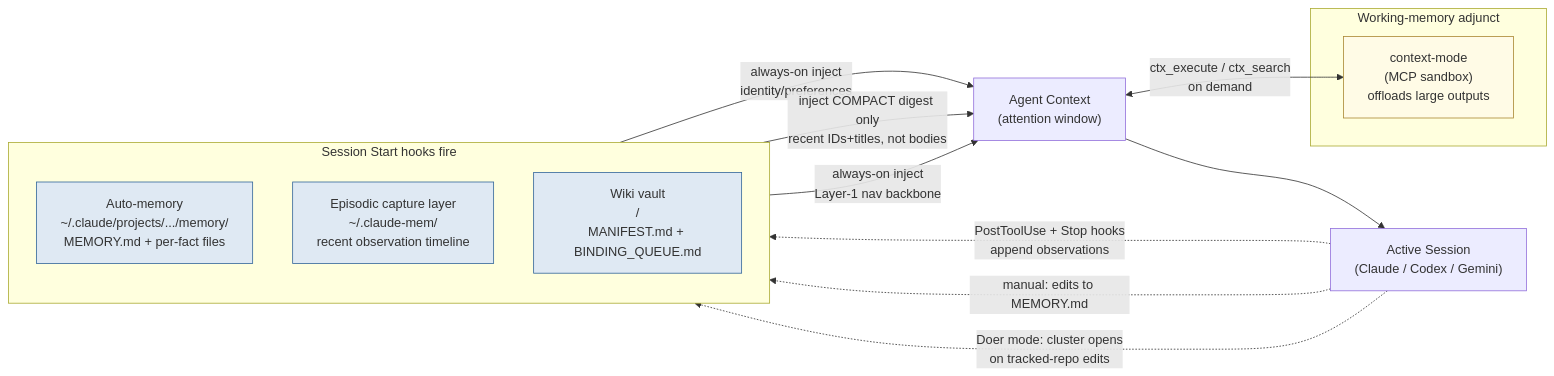
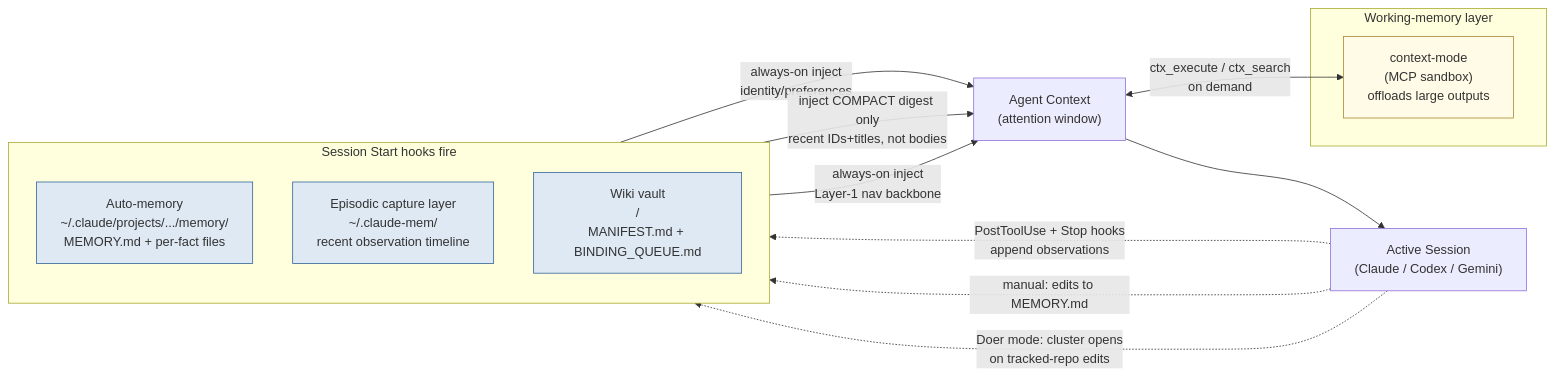
One commit to FRBio-maker/hive-mind-os changed the third of 7 diagrams in docs/INFRASTRUCTURE.md. Above: the diagram before and after it, drawn with Mermaid. The commit also changed other lines of this file and 15 other files, not shown here.

````diff
--- a/docs/INFRASTRUCTURE.md
+++ b/docs/INFRASTRUCTURE.md
@@ -179,31 +179,31 @@
 ```mermaid
 flowchart LR
     subgraph SS[Session Start hooks fire]
         direction TB
         AM["Auto-memory<br/>~/.claude/projects/.../memory/<br/>MEMORY.md + per-fact files"]
         CM["Episodic capture layer<br/>~/.claude-mem/<br/>recent observation timeline"]
         OW["Wiki vault<br/><vault>/<br/>MANIFEST.md + BINDING_QUEUE.md"]
     end
 
     AM -->|always-on inject<br/>identity/preferences| AC
     CM -->|inject COMPACT digest only<br/>recent IDs+titles, not bodies| AC
     OW -->|always-on inject<br/>Layer-1 nav backbone| AC
 
     AC["Agent Context<br/>(attention window)"]
 
-    subgraph WM[Working-memory adjunct]
+    subgraph WM[Working-memory layer]
         CTX["context-mode<br/>(MCP sandbox)<br/>offloads large outputs"]
     end
 
     AC <-->|ctx_execute / ctx_search<br/>on demand| CTX
     AC --> ACT["Active Session<br/>(Claude / Codex / Gemini)"]
 
     ACT -. "PostToolUse + Stop hooks<br/>append observations" .-> CM
     ACT -. "manual: edits to MEMORY.md" .-> AM
     ACT -. "Doer mode: cluster opens<br/>on tracked-repo edits" .-> OW
 
     classDef inject fill:#dfe9f3,stroke:#369
     classDef sandbox fill:#fffbe6,stroke:#a83
     class AM,CM,OW inject
     class CTX sandbox
 ```
````
